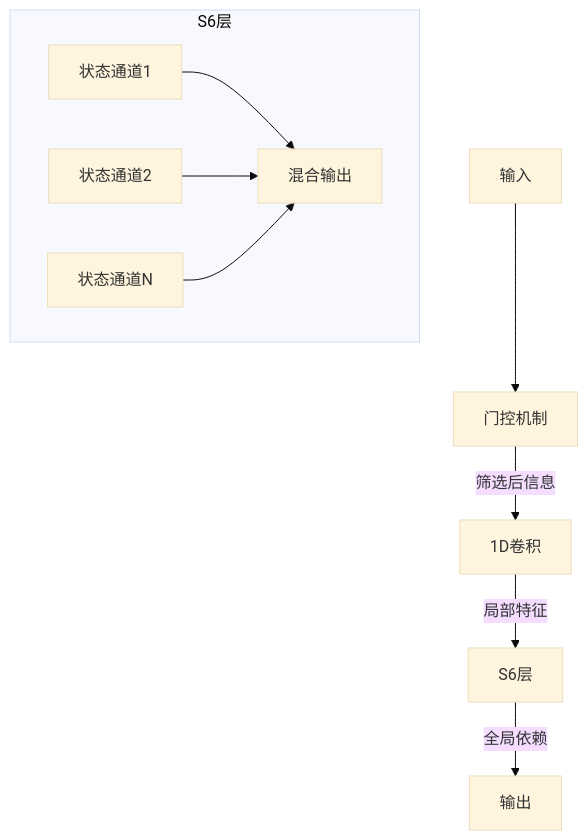
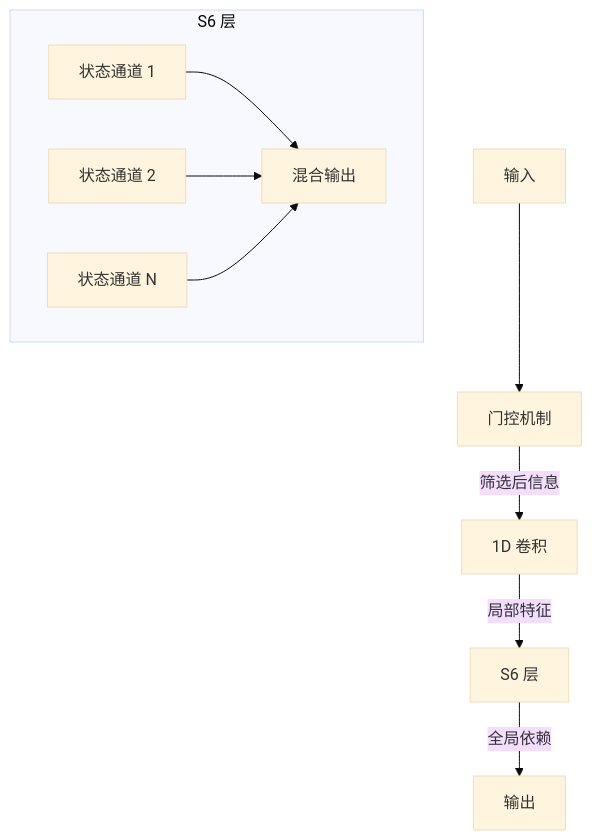
Before and after one commit to shawninhk/aiinfra: the second of 4 diagrams in 06AlgoData/03NewArch/07Mamba_V2.md, drawn with Mermaid (base theme). The commit also changed other lines of this file and 92 other files, not shown here.

````diff
--- a/06AlgoData/03NewArch/07Mamba_V2.md
+++ b/06AlgoData/03NewArch/07Mamba_V2.md
@@ -165,14 +165,14 @@
 ```mermaid
 flowchart TB
     x[输入] --> G[门控机制]
-    G --> |筛选后信息| C[1D卷积]
-    C --> |局部特征| S[S6层]
+    G --> |筛选后信息| C[1D 卷积]
+    C --> |局部特征| S[S6 层]
     S --> |全局依赖| O[输出]
     
-    subgraph S6层
+    subgraph S6 层
         direction LR
-        S1[状态通道1] --> M[混合输出]
-        S2[状态通道2] --> M
-        SN[状态通道N] --> M
+        S1[状态通道 1] --> M[混合输出]
+        S2[状态通道 2] --> M
+        SN[状态通道 N] --> M
     end
 ```
````
